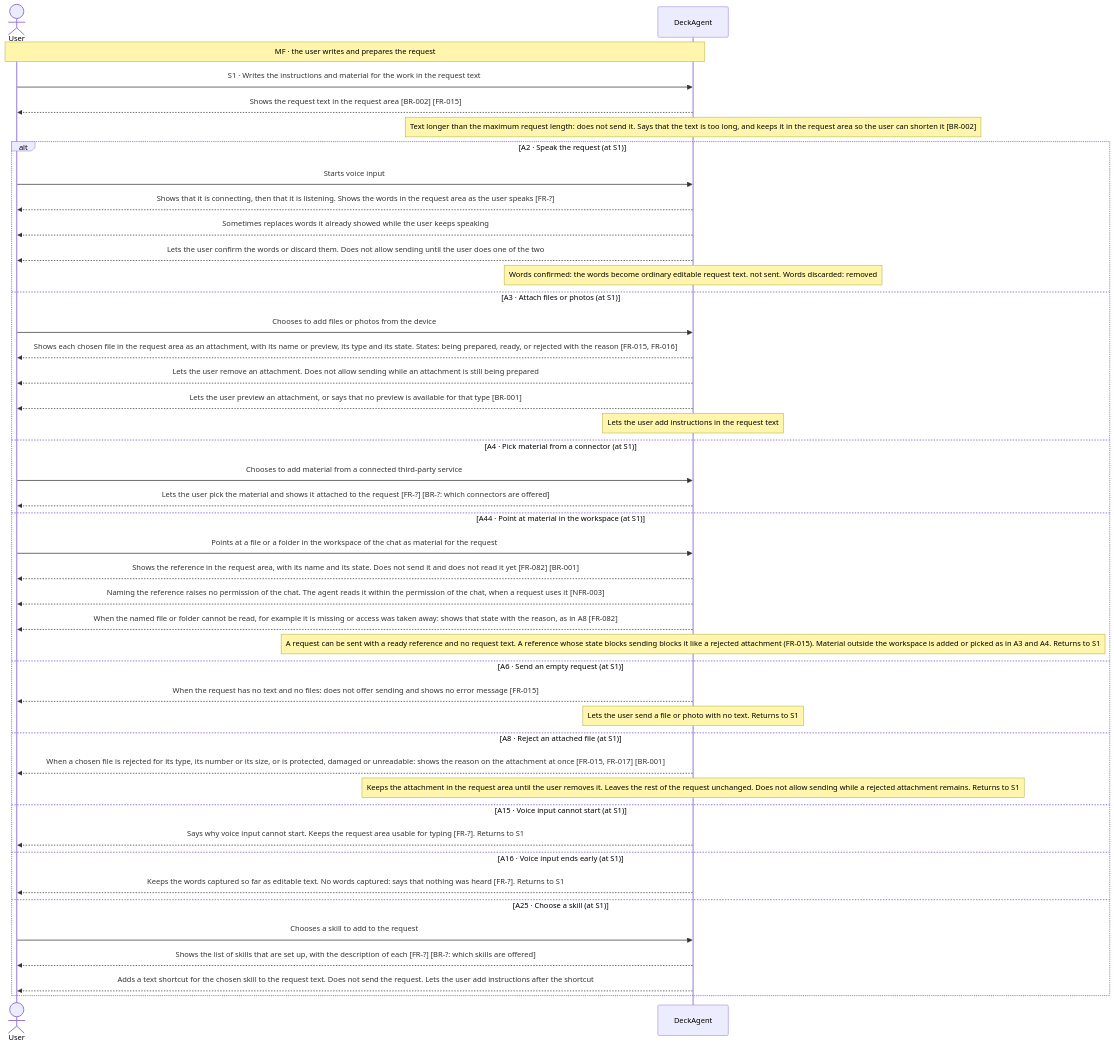
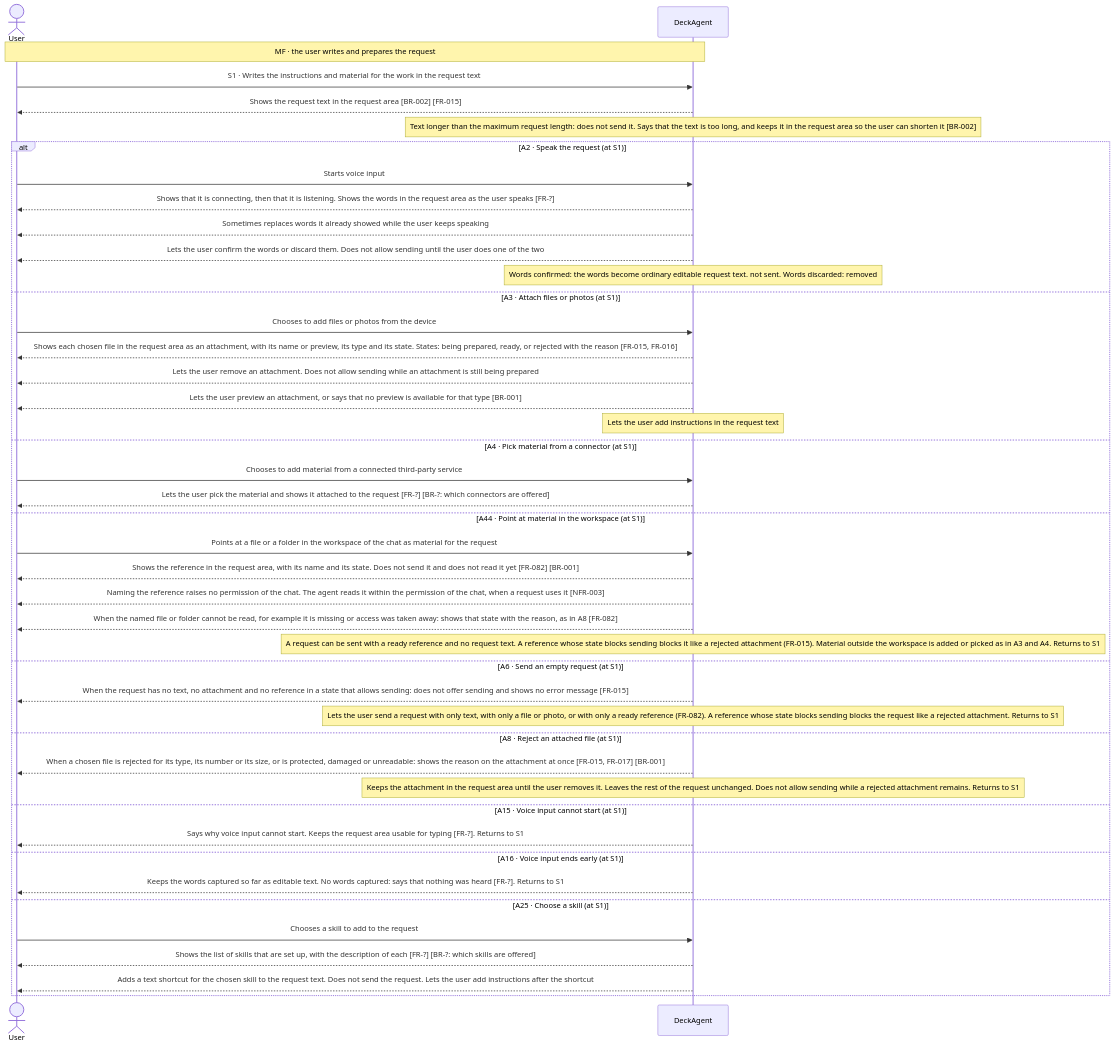
The first of 4 diagrams in docs/spec/03-use-cases/UC-003.md (Luke23127006/DeckAgent), drawn with Mermaid before and after one commit. The commit also changed 4 other files, not shown here.

````diff
--- a/docs/spec/03-use-cases/UC-003.md
+++ b/docs/spec/03-use-cases/UC-003.md
@@ -43,45 +43,45 @@
 ```mermaid
 sequenceDiagram
     actor User
     participant DeckAgent
     Note over User,DeckAgent: MF · the user writes and prepares the request
     User->>DeckAgent: S1 · Writes the instructions and material for the work in the request text
     DeckAgent-->>User: Shows the request text in the request area [BR-002] [FR-015]
     note over DeckAgent: Text longer than the maximum request length: does not send it. Says that the text is too long, and keeps it in the request area so the user can shorten it [BR-002]
     alt A2 · Speak the request (at S1)
         User->>DeckAgent: Starts voice input
         DeckAgent-->>User: Shows that it is connecting, then that it is listening. Shows the words in the request area as the user speaks [FR-?]
         DeckAgent-->>User: Sometimes replaces words it already showed while the user keeps speaking
         DeckAgent-->>User: Lets the user confirm the words or discard them. Does not allow sending until the user does one of the two
         note over DeckAgent: Words confirmed: the words become ordinary editable request text. not sent. Words discarded: removed
     else A3 · Attach files or photos (at S1)
         User->>DeckAgent: Chooses to add files or photos from the device
         DeckAgent-->>User: Shows each chosen file in the request area as an attachment, with its name or preview, its type and its state. States: being prepared, ready, or rejected with the reason [FR-015, FR-016]
         DeckAgent-->>User: Lets the user remove an attachment. Does not allow sending while an attachment is still being prepared
         DeckAgent-->>User: Lets the user preview an attachment, or says that no preview is available for that type [BR-001]
         note over DeckAgent: Lets the user add instructions in the request text
     else A4 · Pick material from a connector (at S1)
         User->>DeckAgent: Chooses to add material from a connected third-party service
         DeckAgent-->>User: Lets the user pick the material and shows it attached to the request [FR-?] [BR-?: which connectors are offered]
     else A44 · Point at material in the workspace (at S1)
         User->>DeckAgent: Points at a file or a folder in the workspace of the chat as material for the request
         DeckAgent-->>User: Shows the reference in the request area, with its name and its state. Does not send it and does not read it yet [FR-082] [BR-001]
         DeckAgent-->>User: Naming the reference raises no permission of the chat. The agent reads it within the permission of the chat, when a request uses it [NFR-003]
         DeckAgent-->>User: When the named file or folder cannot be read, for example it is missing or access was taken away: shows that state with the reason, as in A8 [FR-082]
         note over DeckAgent: A request can be sent with a ready reference and no request text. A reference whose state blocks sending blocks it like a rejected attachment (FR-015). Material outside the workspace is added or picked as in A3 and A4. Returns to S1
     else A6 · Send an empty request (at S1)
-        DeckAgent-->>User: When the request has no text and no files: does not offer sending and shows no error message [FR-015]
-        note over DeckAgent: Lets the user send a file or photo with no text. Returns to S1
+        DeckAgent-->>User: When the request has no text, no attachment and no reference in a state that allows sending: does not offer sending and shows no error message [FR-015]
+        note over DeckAgent: Lets the user send a request with only text, with only a file or photo, or with only a ready reference (FR-082). A reference whose state blocks sending blocks the request like a rejected attachment. Returns to S1
     else A8 · Reject an attached file (at S1)
         DeckAgent-->>User: When a chosen file is rejected for its type, its number or its size, or is protected, damaged or unreadable: shows the reason on the attachment at once [FR-015, FR-017] [BR-001]
         note over DeckAgent: Keeps the attachment in the request area until the user removes it. Leaves the rest of the request unchanged. Does not allow sending while a rejected attachment remains. Returns to S1
     else A15 · Voice input cannot start (at S1)
         DeckAgent-->>User: Says why voice input cannot start. Keeps the request area usable for typing [FR-?]. Returns to S1
     else A16 · Voice input ends early (at S1)
         DeckAgent-->>User: Keeps the words captured so far as editable text. No words captured: says that nothing was heard [FR-?]. Returns to S1
     else A25 · Choose a skill (at S1)
         User->>DeckAgent: Chooses a skill to add to the request
         DeckAgent-->>User: Shows the list of skills that are set up, with the description of each [FR-?] [BR-?: which skills are offered]
         DeckAgent-->>User: Adds a text shortcut for the chosen skill to the request text. Does not send the request. Lets the user add instructions after the shortcut
     end
 ```
````
